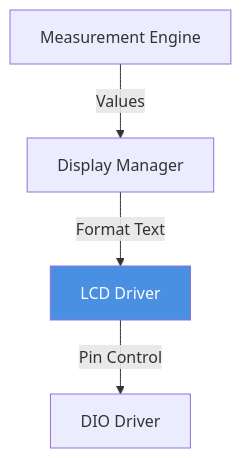
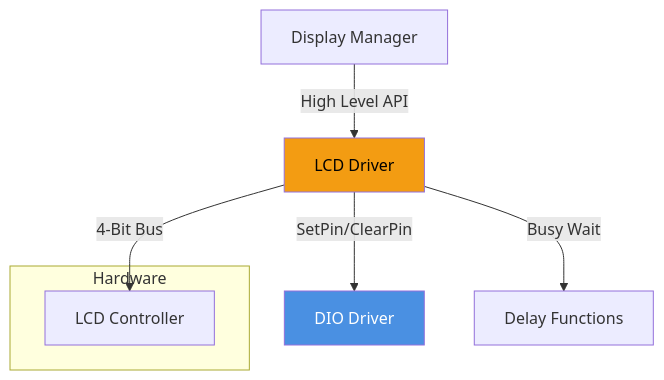
Before and after one commit to Gestell-Solution/Smart_Energy_Management_System: the fourth of 4 diagrams in Doc/Embedded/New/06_ImplementationDoc/Software_Layers/HAL_Layer/LCD/LCD_Driver.md, drawn with Mermaid. The commit also changed other lines of this file and 30 other files, not shown here.

````diff
--- a/Doc/Embedded/New/06_ImplementationDoc/Software_Layers/HAL_Layer/LCD/LCD_Driver.md
+++ b/Doc/Embedded/New/06_ImplementationDoc/Software_Layers/HAL_Layer/LCD/LCD_Driver.md
@@ -179,9 +273,16 @@
 ```mermaid
-graph TB
-    DISPLAY[Display Manager] -->|Format Text| LCD[LCD Driver]
-    ME[Measurement Engine] -->|Values| DISPLAY
+graph TD
+    APP[Display Manager] -->|High Level API| LCD[LCD Driver]
 
-    LCD -->|Pin Control| DIO[DIO Driver]
+    LCD -->|SetPin/ClearPin| DIO[DIO Driver]
+    LCD -->|Busy Wait| DELAY[Delay Functions]
 
-    style LCD fill:#4A90E2,color:#fff
+    subgraph "Hardware"
+        HD44780[LCD Controller]
+    end
+
+    LCD -->|4-Bit Bus| HD44780
+
+    style LCD fill:#F39C12,color:#000
+    style DIO fill:#4A90E2,color:#fff
 ```
````
